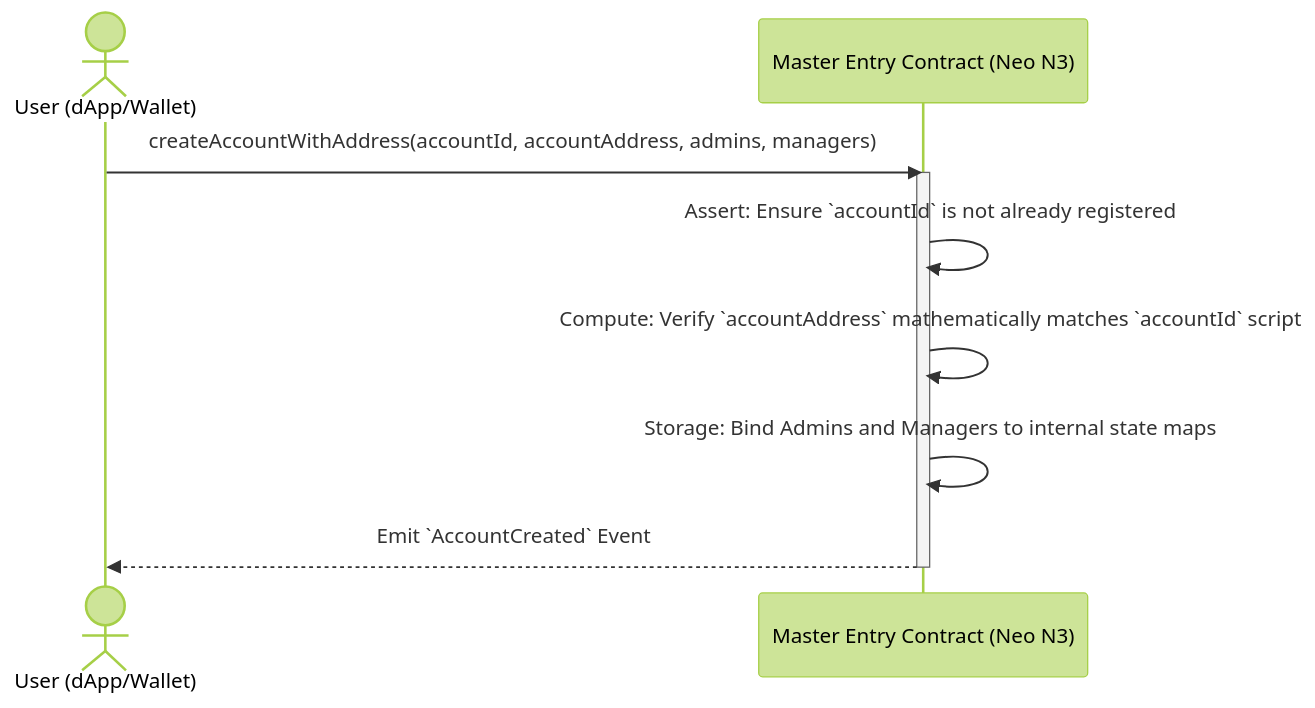
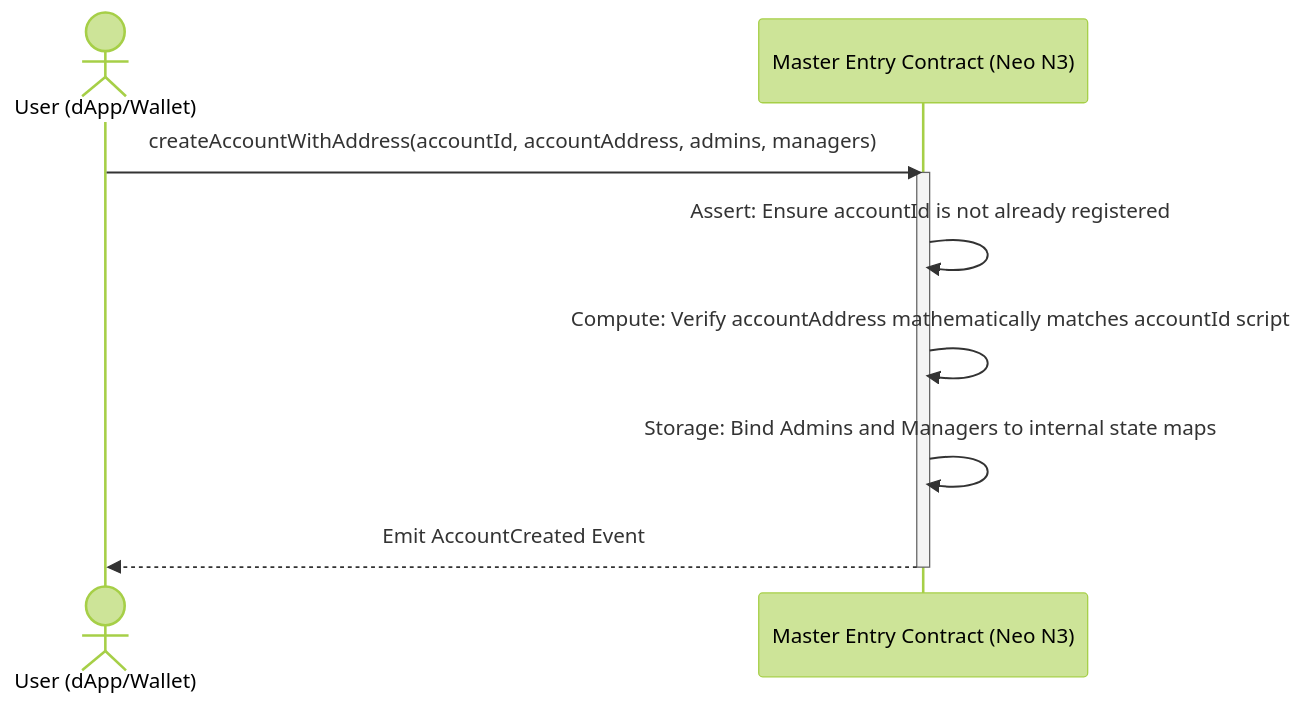
Before and after one commit to r3e-network/neo-abstract-account: the first of 3 diagrams in frontend/src/assets/docs/workflow.md, drawn with Mermaid (forest theme). The commit also changed other lines of this file and 3 other files, not shown here.

First line of the commit message:
fix(frontend): resolve mermaid syntax errors across all diagrams

````diff
--- a/frontend/src/assets/docs/workflow.md
+++ b/frontend/src/assets/docs/workflow.md
@@ -9,13 +9,13 @@
 ```mermaid
 sequenceDiagram
     actor User as User (dApp/Wallet)
     participant Master as Master Entry Contract (Neo N3)
     
     User->>Master: createAccountWithAddress(accountId, accountAddress, admins, managers)
     activate Master
-    Master->>Master: Assert: Ensure `accountId` is not already registered
-    Master->>Master: Compute: Verify `accountAddress` mathematically matches `accountId` script
+    Master->>Master: Assert: Ensure accountId is not already registered
+    Master->>Master: Compute: Verify accountAddress mathematically matches accountId script
     Master->>Master: Storage: Bind Admins and Managers to internal state maps
-    Master-->>User: Emit `AccountCreated` Event
+    Master-->>User: Emit AccountCreated Event
     deactivate Master
 ```
````
